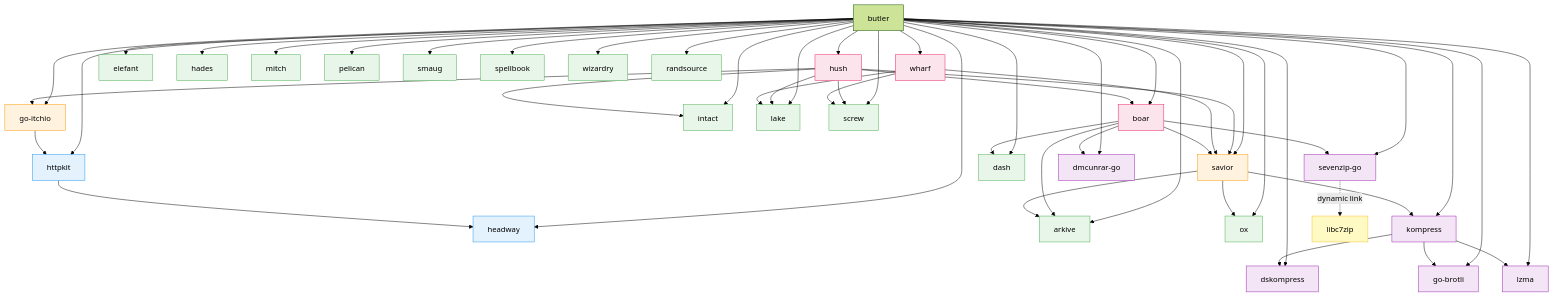
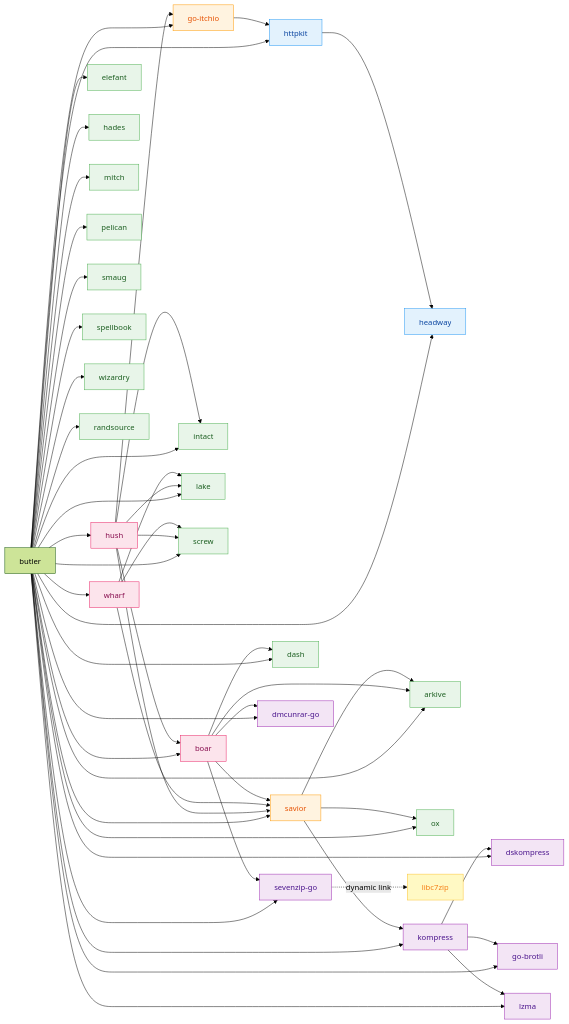
One commit to itchio/butler changed the diagram in README.md. Above: the diagram before and after it, drawn with Mermaid (forest theme).

Commit message:
does this improve readability?

````diff
--- a/README.md
+++ b/README.md
@@ -29,5 +29,5 @@
 ```mermaid
-flowchart TD
+flowchart LR
     butler[butler]
 
     %% High-level packages
@@ -101,12 +101,12 @@
     httpkit --> headway
 
     %% Styling
-    classDef leaf fill:#e8f5e9,stroke:#4caf50
-    classDef infra fill:#e3f2fd,stroke:#2196f3
-    classDef mid fill:#fff3e0,stroke:#ff9800
-    classDef high fill:#fce4ec,stroke:#e91e63
-    classDef compression fill:#f3e5f5,stroke:#9c27b0
-    classDef native fill:#fff9c4,stroke:#fbc02d
+    classDef leaf fill:#e8f5e9,stroke:#4caf50,color:#1b5e20
+    classDef infra fill:#e3f2fd,stroke:#2196f3,color:#0d47a1
+    classDef mid fill:#fff3e0,stroke:#ff9800,color:#e65100
+    classDef high fill:#fce4ec,stroke:#e91e63,color:#880e4f
+    classDef compression fill:#f3e5f5,stroke:#9c27b0,color:#4a148c
+    classDef native fill:#fff9c4,stroke:#fbc02d,color:#f57f17
 
     class headway,httpkit infra
     class savior,go-itchio mid
````
